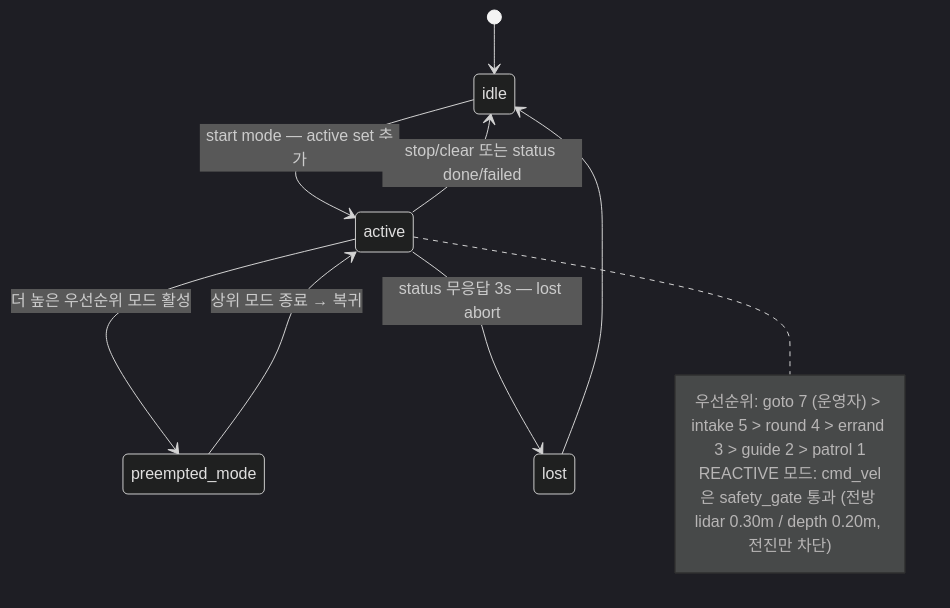
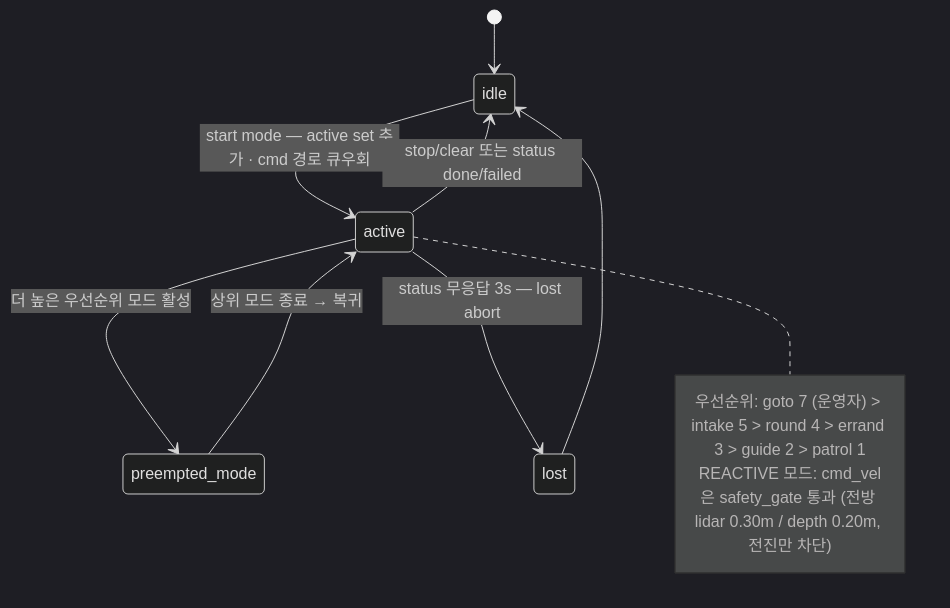
Diagram 11 of 15 in docs/architecture/05_mermaid_architecture.md (yevettee/MediCart), drawn with Mermaid (dark theme) before and after one commit. The commit also changed other lines of this file, not shown here.

Commit message:
docs(arch): 노드 역할(발행/구독/서비스/액션) + 통신 종류(topic/srv/action) 주석 + 범례·시퀀스·노드역할표 + cmd 큐우회 경로

````diff
--- a/docs/architecture/05_mermaid_architecture.md
+++ b/docs/architecture/05_mermaid_architecture.md
@@ -201,14 +295,14 @@
 ```mermaid
 stateDiagram-v2
   [*] --> idle
-  idle --> active : start mode — active set 추가
+  idle --> active : start mode — active set 추가 · cmd 경로 큐우회
   active --> preempted_mode : 더 높은 우선순위 모드 활성
   preempted_mode --> active : 상위 모드 종료 → 복귀
   active --> idle : stop/clear 또는 status done/failed
   active --> lost : status 무응답 3s — lost abort
   lost --> idle
   note right of active
     우선순위: goto 7 (운영자) > intake 5 > round 4 > errand 3 > guide 2 > patrol 1
     REACTIVE 모드: cmd_vel은 safety_gate 통과 (전방 lidar 0.30m / depth 0.20m, 전진만 차단)
   end note
 ```
````
